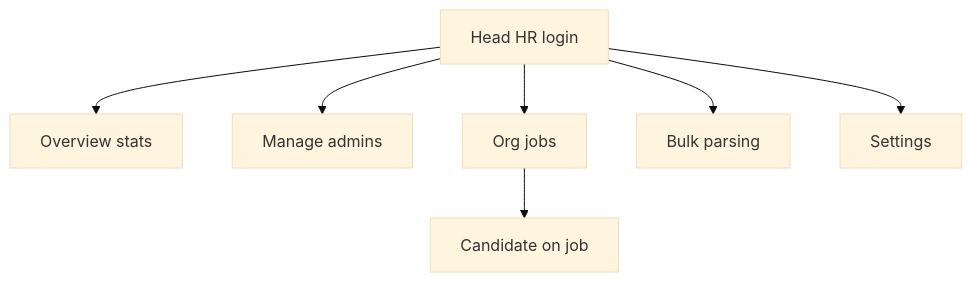
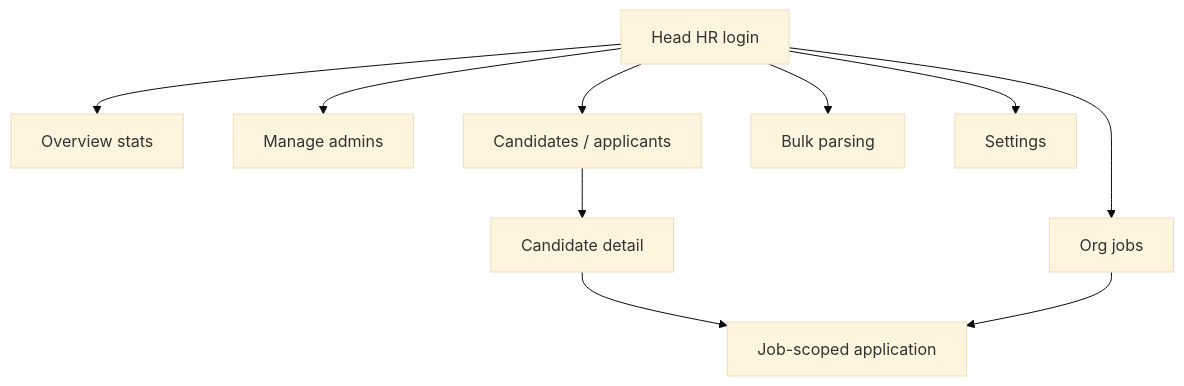
One commit to TechBerryAI/HR-Intelligence-Platform changed the fifth of 8 diagrams in docs/04-Workflow.md. Above: the diagram before and after it, drawn with Mermaid (base theme). The commit also changed other lines of this file and 11 other files, not shown here.

````diff
--- a/docs/04-Workflow.md
+++ b/docs/04-Workflow.md
@@ -335,9 +344,12 @@
 ```mermaid
 flowchart TB
   HH[Head HR login] --> OV[Overview stats]
   HH --> AD[Manage admins]
+  HH --> CA[Candidates / applicants]
   HH --> JB[Org jobs]
-  JB --> CD[Candidate on job]
+  CA --> CD[Candidate detail]
+  CD --> JC[Job-scoped application]
+  JB --> JC
   HH --> BP[Bulk parsing]
   HH --> ST[Settings]
 ```
````
